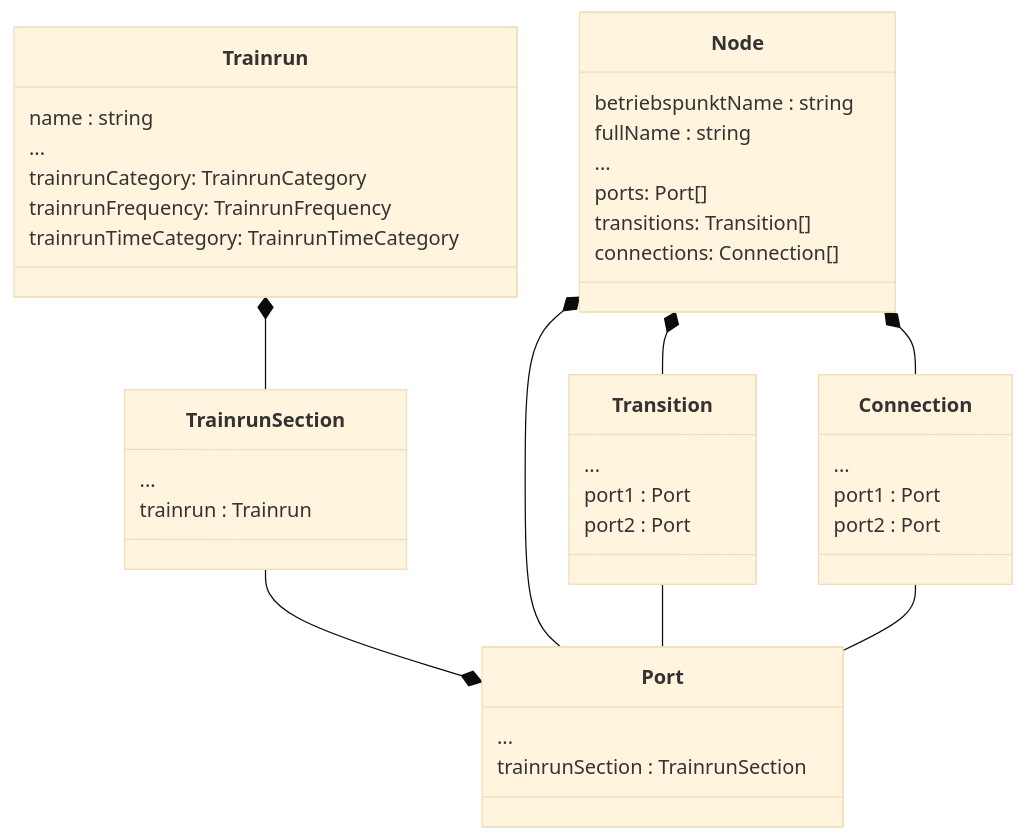
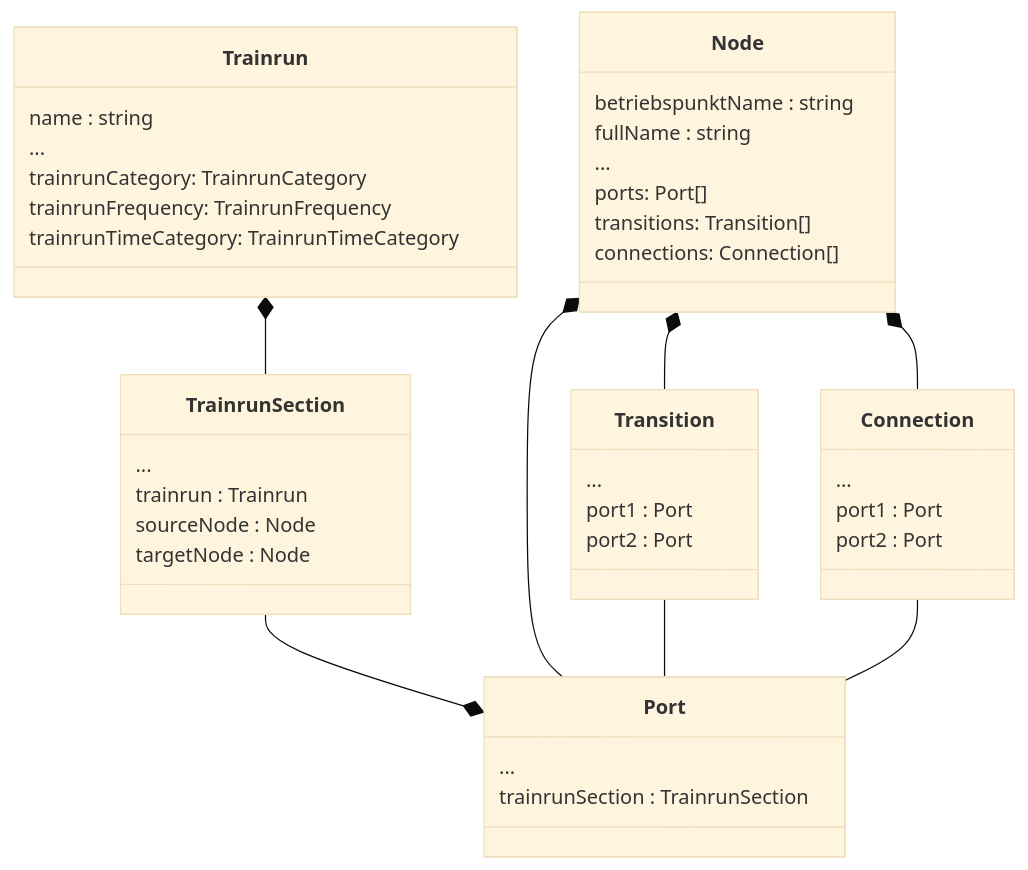
The diagram in documentation/DATA_MODEL.md (SchweizerischeBundesbahnen/netzgrafik-editor-frontend), drawn with Mermaid (base theme) before and after one commit.

Commit message:
doc data model

````diff
--- a/documentation/DATA_MODEL.md
+++ b/documentation/DATA_MODEL.md
@@ -51,51 +51,53 @@
 ```mermaid
 classDiagram
     Node *-- Port
     Node *-- Transition
     Node *-- Connection
     
     Trainrun *-- TrainrunSection
     TrainrunSection --* Port
     
     Transition -- Port
     Connection -- Port 
 
     class Node {
            betriebspunktName : string
            fullName : string
            ...
            ports: Port[]
            transitions: Transition[]
            connections: Connection[]
     }
 
     class Trainrun {
             name : string
            ...
             trainrunCategory: TrainrunCategory
             trainrunFrequency: TrainrunFrequency
             trainrunTimeCategory: TrainrunTimeCategory
     }
 
     class TrainrunSection {
            ...
            trainrun : Trainrun
+           sourceNode : Node
+           targetNode : Node
     }
 
     class Port {
            ... 
            trainrunSection : TrainrunSection
     }
 
     class Transition {
         ...
         port1 : Port
         port2 : Port
     }
 
     class Connection {
         ...
         port1 : Port
         port2 : Port
     }
 ```
````
